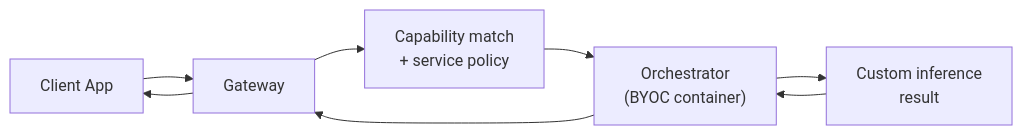
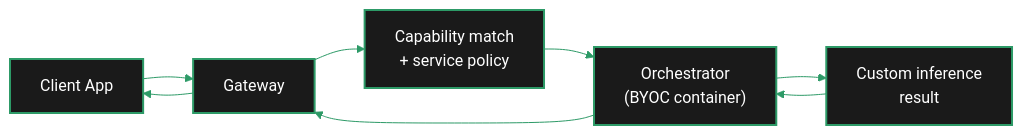
One commit to sidestream-tech/livepeer-docs changed the diagram in v2/gateways/guides/node-pipelines/byoc-pipelines.mdx. Above: the diagram before and after it, drawn with Mermaid. The commit also changed other lines of this file and 13 other files, not shown here.

````diff
--- a/v2/gateways/guides/node-pipelines/byoc-pipelines.mdx
+++ b/v2/gateways/guides/node-pipelines/byoc-pipelines.mdx
@@ -59,10 +62,13 @@
 ```mermaid
+%%{init: {'theme': 'base', 'themeVariables': { 'primaryColor': '#1a1a1a', 'primaryTextColor': '#fff', 'primaryBorderColor': '#2d9a67', 'lineColor': '#2d9a67', 'secondaryColor': '#0d0d0d', 'tertiaryColor': '#1a1a1a', 'background': '#0d0d0d', 'fontFamily': 'system-ui' }}}%%
 flowchart LR
     A["Client App"] --> B["Gateway"]
     B --> C["Capability match\n+ service policy"]
     C --> D["Orchestrator\n(BYOC container)"]
     D --> E["Custom inference\nresult"]
     E --> D
     D --> B
     B --> A
+
+    classDef default fill:#1a1a1a,color:#fff,stroke:#2d9a67,stroke-width:2px
 ```
````
